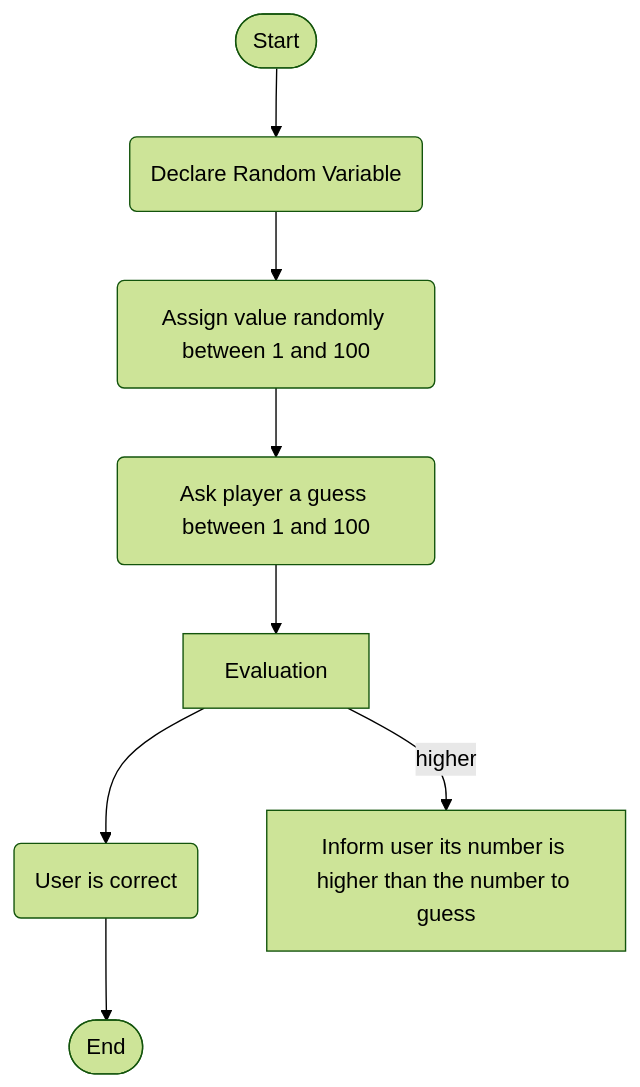
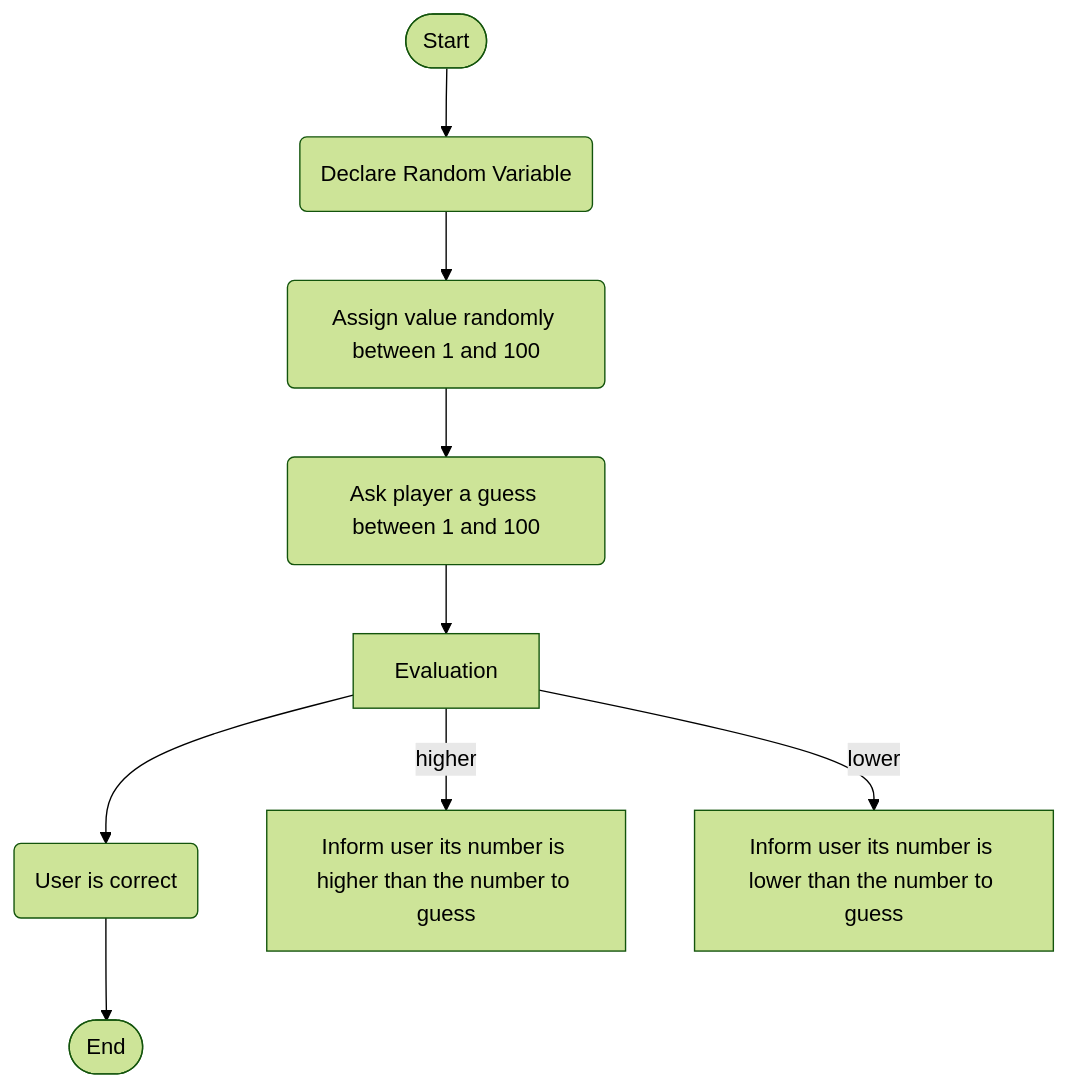
The diagram in Guessing.md (juansagarra/juansagarra.github.io), drawn with Mermaid (forest theme) before and after one commit.

````diff
--- a/Guessing.md
+++ b/Guessing.md
@@ -1,11 +1,13 @@
 ```mermaid
 flowchart TD
 
 
 
  Start([Start]) --> A(Declare Random Variable) --> B(Assign value randomly between 1 and 100) --> C(Ask player a guess between 1 and 100) --> Evaluation --> D(User is correct) --> End([End])
 
 Evaluation --> |higher| E[Inform user its number is higher than the number to guess]
+Evaluation --> |lower| F[Inform user its number is lower than the number to guess]
+
 
 
 ```
````
